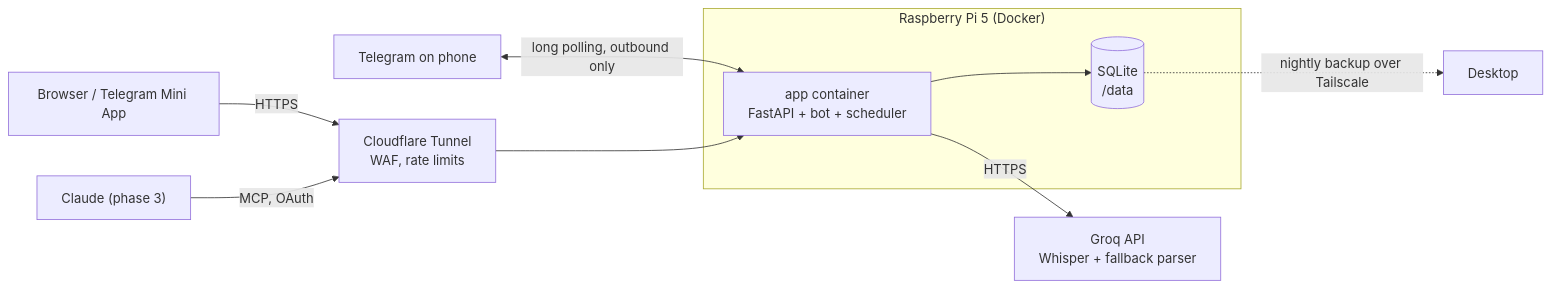
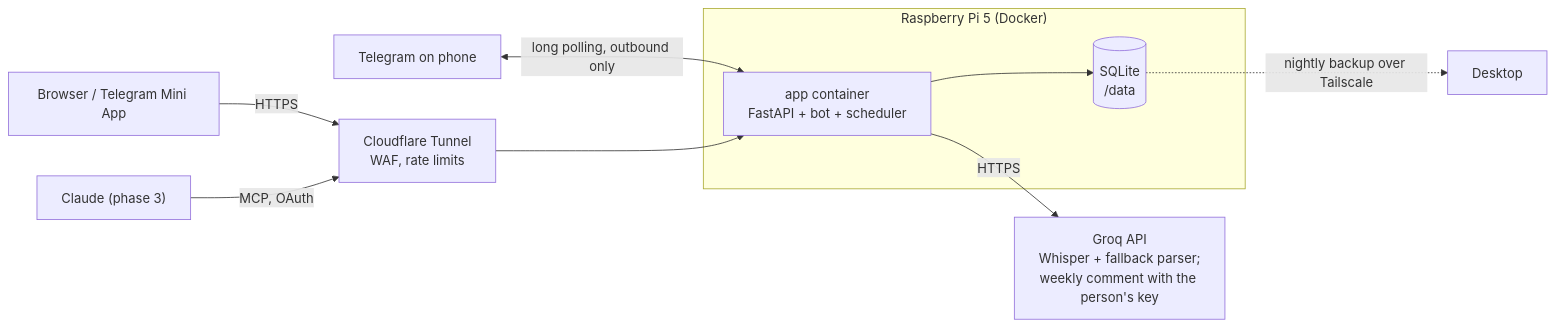
One commit to LDoyleDev/training-coach changed the diagram in docs/architecture.md. Above: the diagram before and after it, drawn with Mermaid. The commit also changed other lines of this file, not shown here.

Commit message:
docs: architecture paths for undo, AI comments, share and confirm

````diff
--- a/docs/architecture.md
+++ b/docs/architecture.md
@@ -3,11 +3,11 @@
 ```mermaid
 flowchart LR
   phone["Telegram on phone"] <-->|long polling, outbound only| app
   subgraph pi["Raspberry Pi 5 (Docker)"]
     app["app container<br/>FastAPI + bot + scheduler"] --> db[("SQLite<br/>/data")]
   end
-  app -->|HTTPS| groq["Groq API<br/>Whisper + fallback parser"]
+  app -->|HTTPS| groq["Groq API<br/>Whisper + fallback parser;<br/>weekly comment with the person's key"]
   browser["Browser / Telegram Mini App"] -->|HTTPS| cf["Cloudflare Tunnel<br/>WAF, rate limits"] --> app
   claude["Claude (phase 3)"] -->|MCP, OAuth| cf
   db -. nightly backup over Tailscale .-> desktop["Desktop"]
 ```
````
